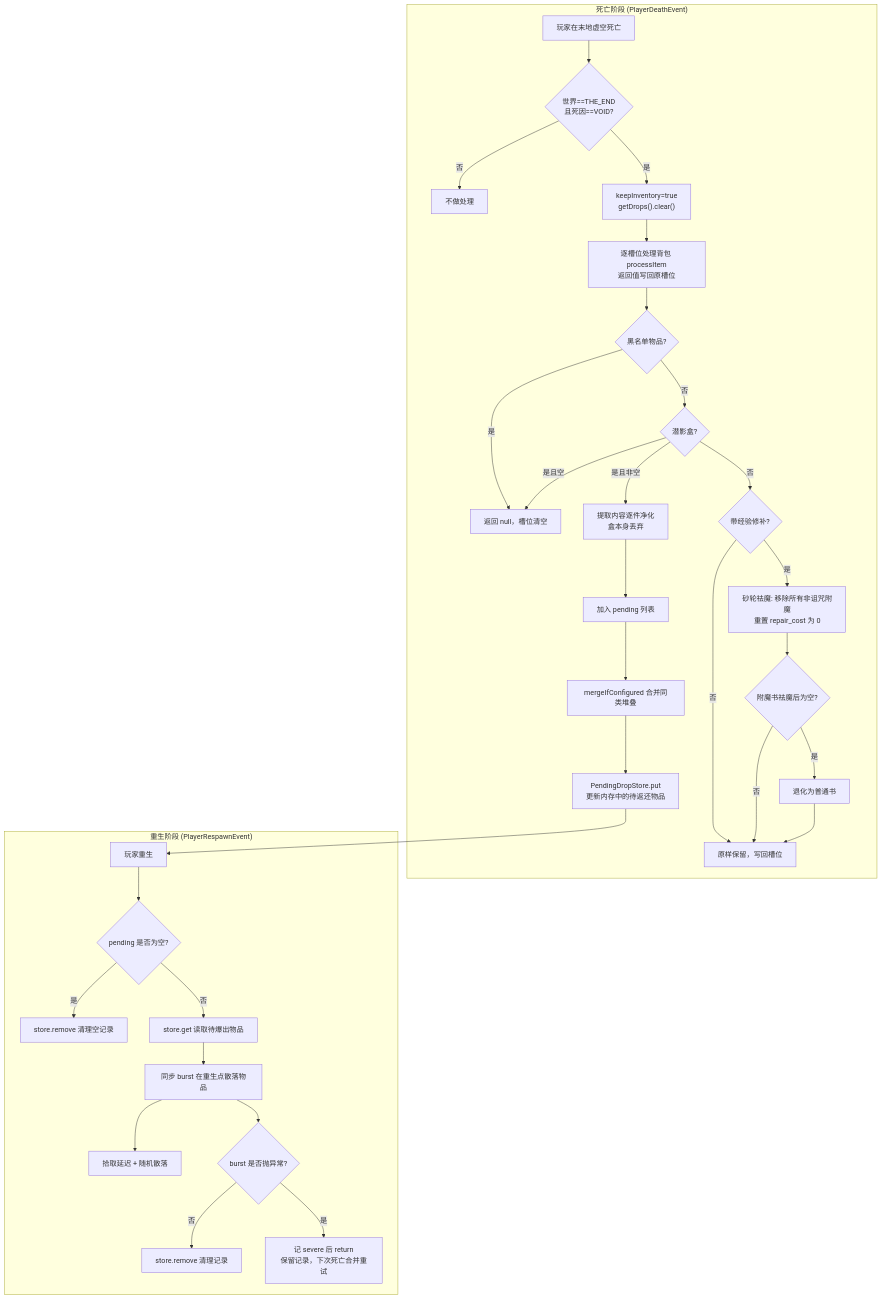
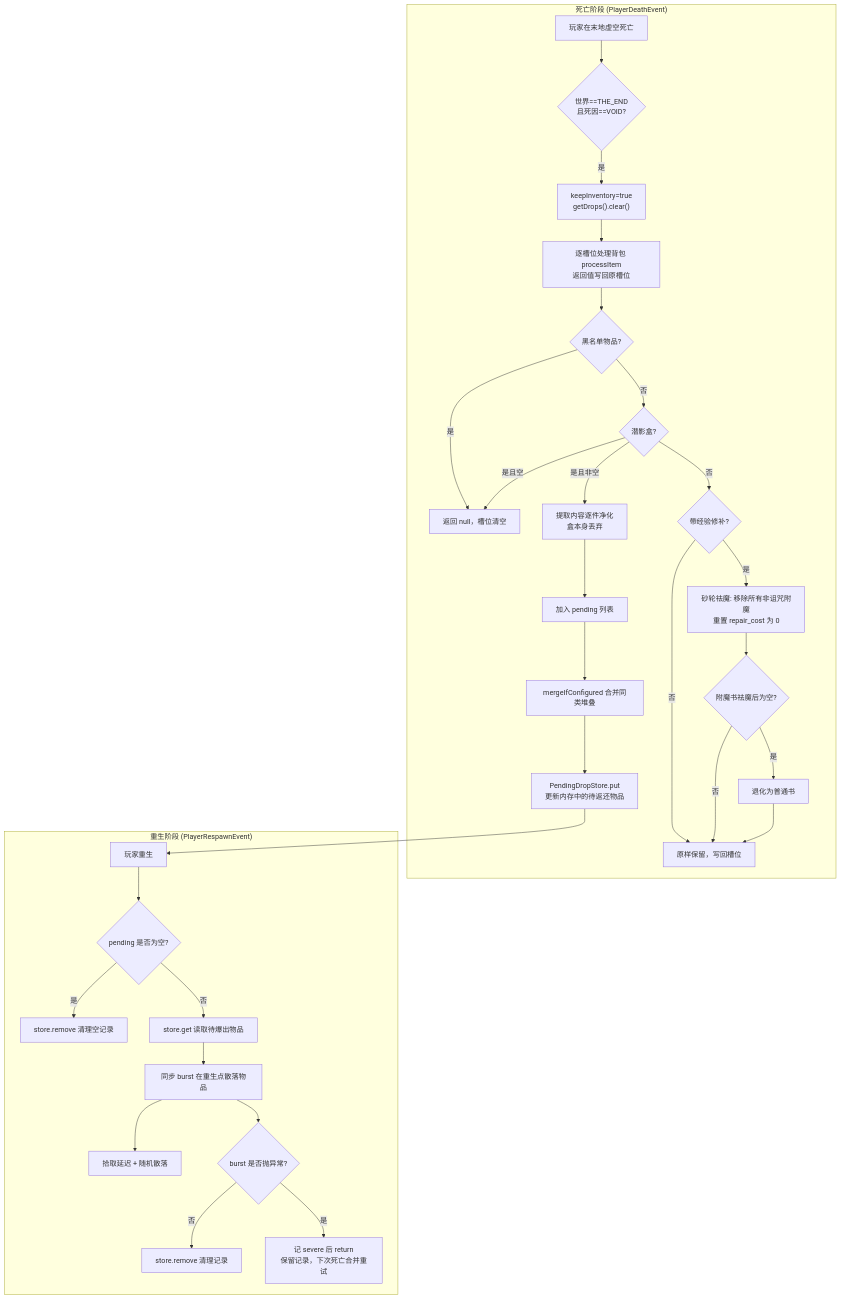
One commit to Lustrous-Hope-Makes-Dreams-Radiance/EndVoidRescue changed the first of 3 diagrams in docs/plugin-diagram.md. Above: the diagram before and after it, drawn with Mermaid. The commit also changed 4 other files, not shown here.

````diff
--- a/docs/plugin-diagram.md
+++ b/docs/plugin-diagram.md
@@ -3,36 +3,35 @@
 ```mermaid
 flowchart TD
     subgraph 死亡阶段["死亡阶段 (PlayerDeathEvent)"]
         A["玩家在末地虚空死亡"] --> B{"世界==THE_END<br/>且死因==VOID?"}
-        B -- 否 --> Z["不做处理"]
         B -- 是 --> C["keepInventory=true<br/>getDrops().clear()"]
         C --> D["逐槽位处理背包 processItem<br/>返回值写回原槽位"]
         D --> E{"黑名单物品?"}
         E -- 是 --> X["返回 null，槽位清空"]
         E -- 否 --> F{"潜影盒?"}
         F -- 是且非空 --> G["提取内容逐件净化<br/>盒本身丢弃"]
         F -- 是且空 --> X
         F -- 否 --> H{"带经验修补?"}
         H -- 是 --> H2["砂轮祛魔: 移除所有非诅咒附魔<br/>重置 repair_cost 为 0"]
         H -- 否 --> I2["原样保留，写回槽位"]
         H2 --> H3{"附魔书祛魔后为空?"}
         H3 -- 是 --> H4["退化为普通书"]
         H3 -- 否 --> I2
         H4 --> I2
         G --> I["加入 pending 列表"]
         I --> J["mergeIfConfigured 合并同类堆叠"]
         J --> K["PendingDropStore.put<br/>更新内存中的待返还物品"]
     end
 
     subgraph 重生阶段["重生阶段 (PlayerRespawnEvent)"]
         K --> L["玩家重生"]
         L --> L2{"pending 是否为空?"}
         L2 -- 是 --> Q["store.remove 清理空记录"]
         L2 -- 否 --> M["store.get 读取待爆出物品"]
         M --> O["同步 burst 在重生点散落物品"]
         O --> P["拾取延迟 + 随机散落"]
         O --> R{"burst 是否抛异常?"}
         R -- 否 --> S["store.remove 清理记录"]
         R -- 是 --> T["记 severe 后 return<br/>保留记录，下次死亡合并重试"]
     end
 ```
````
